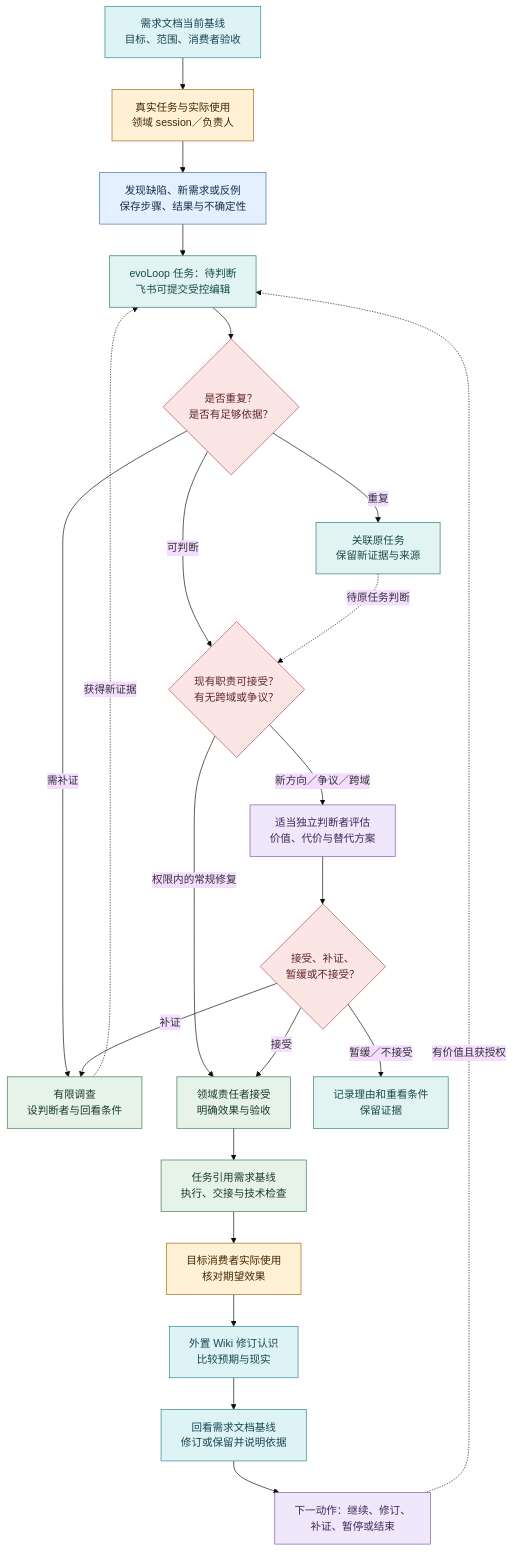
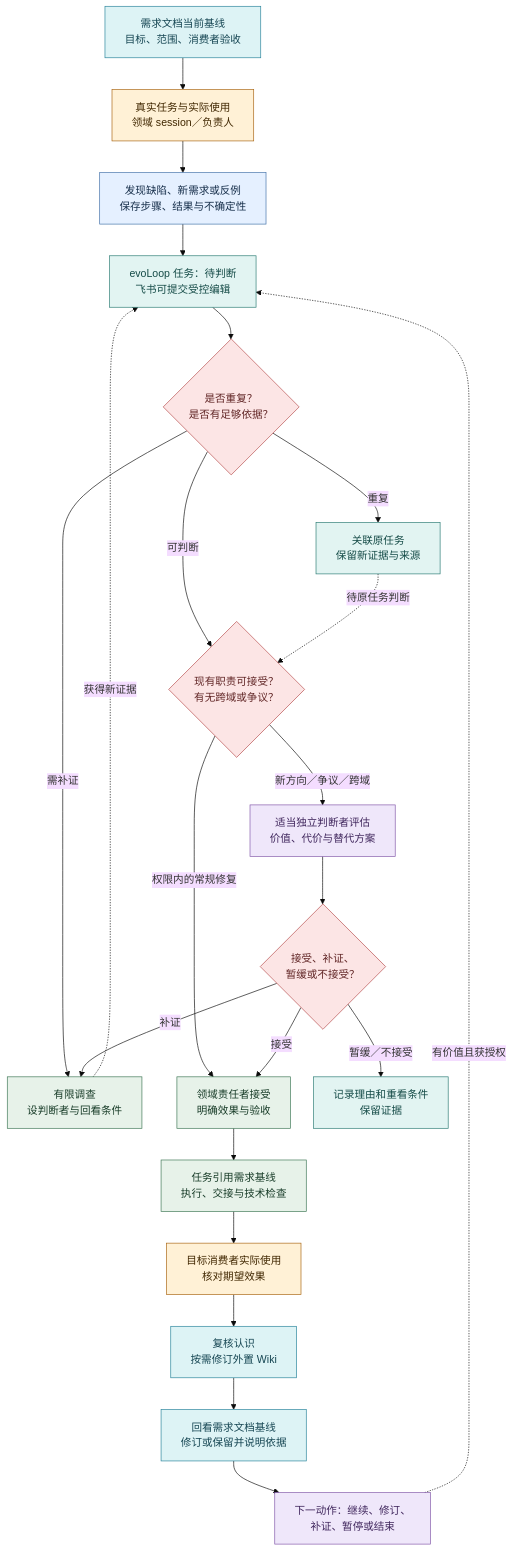
Before and after one commit to cyl19970726/evoLoop: the diagram in docs/product/daily-loop.md, drawn with Mermaid (base theme). The commit also changed other lines of this file and 3 other files, not shown here.

````diff
--- a/docs/product/daily-loop.md
+++ b/docs/product/daily-loop.md
@@ -22,32 +22,32 @@
 ```mermaid
 %%{init: {"flowchart":{"wrappingWidth":240,"nodeSpacing":35,"rankSpacing":48}}}%%
 flowchart TB
   B["需求文档当前基线<br/>目标、范围、消费者验收"]:::knowledge --> U["真实任务与实际使用<br/>领域 session／负责人"]:::use
   U --> O["发现缺陷、新需求或反例<br/>保存步骤、结果与不确定性"]:::evidence
   O --> P["evoLoop 任务：待判断<br/>飞书可提交受控编辑"]:::task
   P --> D{"是否重复？<br/>是否有足够依据？"}:::decision
   D -->|重复| M["关联原任务<br/>保留新证据与来源"]:::task
   D -->|需补证| X["有限调查<br/>设判断者与回看条件"]:::action
   D -->|可判断| T{"现有职责可接受？<br/>有无跨域或争议？"}:::decision
   T -->|权限内的常规修复| A["领域责任者接受<br/>明确效果与验收"]:::action
   T -->|新方向／争议／跨域| R["适当独立判断者评估<br/>价值、代价与替代方案"]:::cognition
   R --> C{"接受、补证、<br/>暂缓或不接受？"}:::decision
   C -->|接受| A
   C -->|补证| X
   C -->|暂缓／不接受| L["记录理由和重看条件<br/>保留证据"]:::task
   A --> W["任务引用需求基线<br/>执行、交接与技术检查"]:::action
   W --> V["目标消费者实际使用<br/>核对期望效果"]:::use
-  V --> K["外置 Wiki 修订认识<br/>比较预期与现实"]:::knowledge
+  V --> K["复核认识<br/>按需修订外置 Wiki"]:::knowledge
   K --> Q["回看需求文档基线<br/>修订或保留并说明依据"]:::knowledge
   Q --> N["下一动作：继续、修订、<br/>补证、暂停或结束"]:::cognition
   N -.->|有价值且获授权| P
   M -.->|待原任务判断| T
   X -.->|获得新证据| P
   classDef use fill:#FFF1D6,stroke:#A86412,color:#402700
   classDef evidence fill:#E5F0FF,stroke:#4270A8,color:#172F4B
   classDef task fill:#E2F4F2,stroke:#297A73,color:#154B47
   classDef decision fill:#FCE5E5,stroke:#B44949,color:#612626
   classDef cognition fill:#EFE7FA,stroke:#8056A8,color:#40275D
   classDef action fill:#E7F2E9,stroke:#3C7654,color:#183C28
   classDef knowledge fill:#DDF3F5,stroke:#27839A,color:#164653
 ```
````
